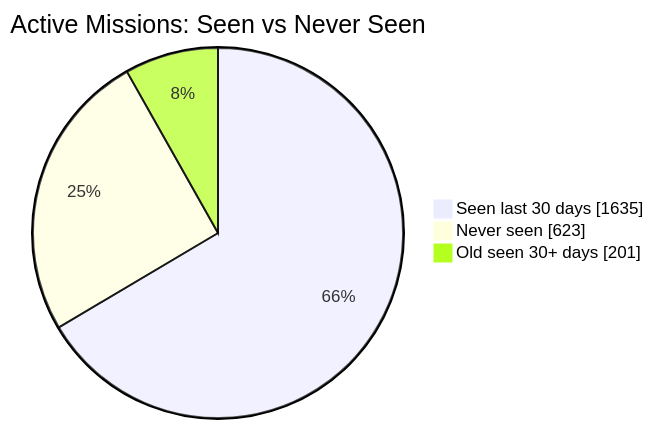
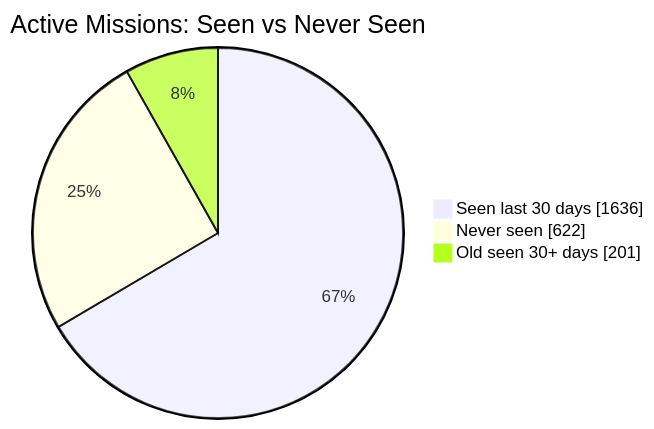
Before and after one commit to MeldkamerspelGameTeam/active-missions: the first of 2 diagrams in README.md, drawn with Mermaid. The commit also changed other lines of this file and 3 other files, not shown here.

````diff
--- a/README.md
+++ b/README.md
@@ -34,7 +34,7 @@
 ```mermaid
 pie showData
     title Active Missions: Seen vs Never Seen
-    "Seen last 30 days" : 1635
-    "Never seen" : 623
+    "Seen last 30 days" : 1636
+    "Never seen" : 622
     "Old seen 30+ days" : 201
 ```
````
